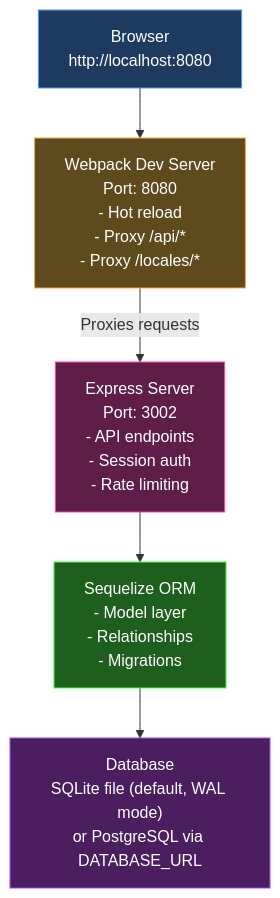
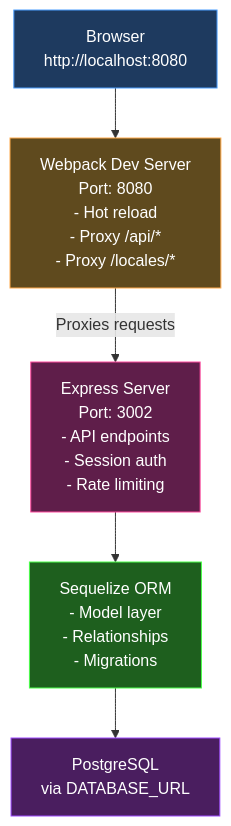
Before and after one commit to chrisvel/tududi: the first of 3 diagrams in docs/architecture.md, drawn with Mermaid. The commit also changed other lines of this file and 296 other files, not shown here.

First line of the commit message:
feat!: drop SQLite support, PostgreSQL only for v2.0.0

````diff
--- a/docs/architecture.md
+++ b/docs/architecture.md
@@ -48,13 +48,13 @@
 ```mermaid
 graph TD
     Browser["Browser<br>http://localhost:8080"] --> WebpackDev["Webpack Dev Server<br>Port: 8080<br>- Hot reload<br>- Proxy /api/*<br>- Proxy /locales/*"]
     WebpackDev -->|Proxies requests| Express["Express Server<br>Port: 3002<br>- API endpoints<br>- Session auth<br>- Rate limiting"]
     Express --> Sequelize["Sequelize ORM<br>- Model layer<br>- Relationships<br>- Migrations"]
-    Sequelize --> Database["Database<br>SQLite file (default, WAL mode)<br>or PostgreSQL via DATABASE_URL"]
+    Sequelize --> Database["PostgreSQL<br>via DATABASE_URL"]
 
     style Browser fill:#1e3a5f,stroke:#4a9eff,color:#fff
     style WebpackDev fill:#5f4a1e,stroke:#ffa94a,color:#fff
     style Express fill:#5f1e4a,stroke:#ff4a9e,color:#fff
     style Sequelize fill:#1e5f1e,stroke:#4aff4a,color:#fff
     style Database fill:#4a1e5f,stroke:#9e4aff,color:#fff
 ```
````
